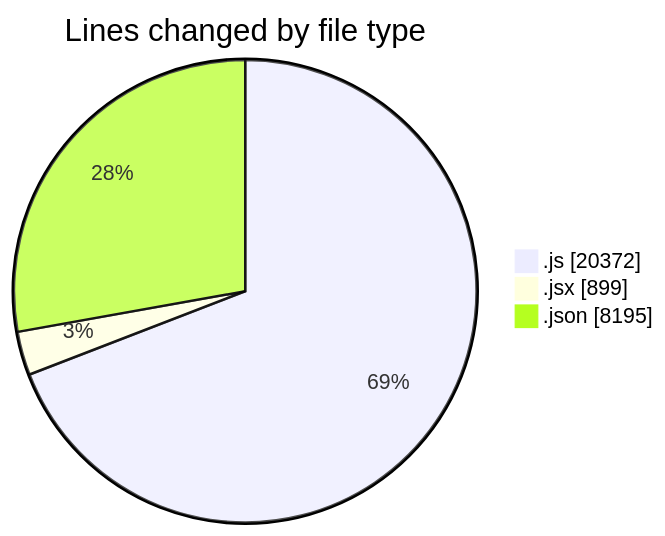
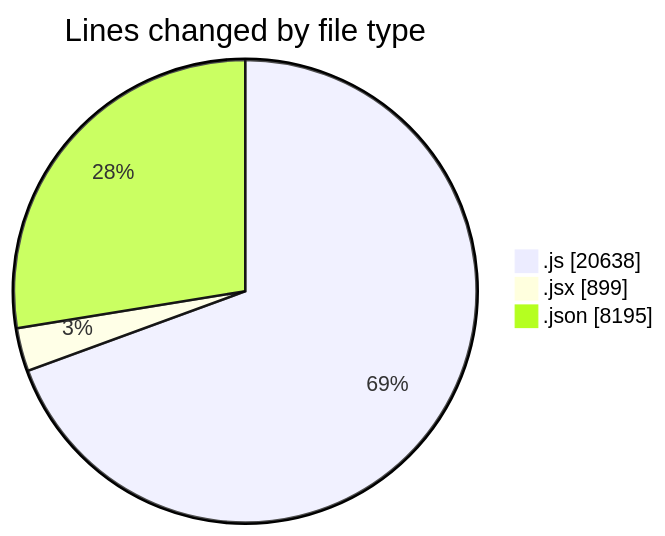
One commit to nxtqubesakshisongat/code-tracking changed the first of 2 diagrams in 2025-12-09/nxtqube_webapp/README.md. Above: the diagram before and after it, drawn with Mermaid. The commit also changed other lines of this file and 1 other file, not shown here.

````diff
--- a/2025-12-09/nxtqube_webapp/README.md
+++ b/2025-12-09/nxtqube_webapp/README.md
@@ -24,7 +24,7 @@
 ```mermaid
 pie showData
 title Lines changed by file type
-".js" : 20372
+".js" : 20638
 ".jsx" : 899
 ".json" : 8195
 ```
````
